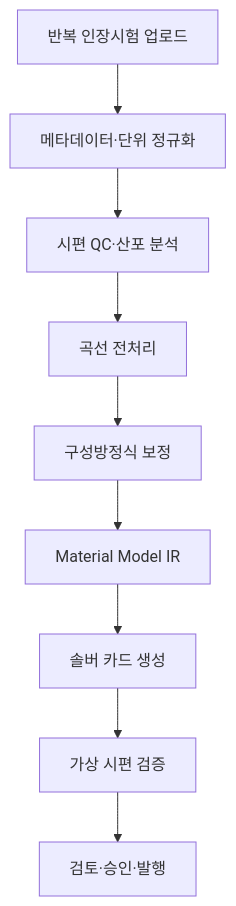
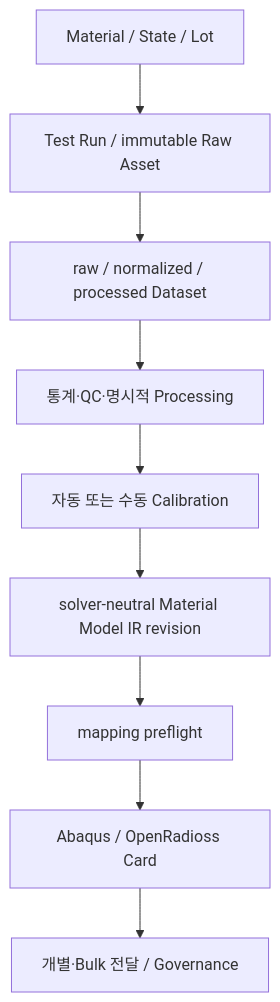
One commit to pikachu444/cae-material-platform changed the diagram in docs/design-index.md. Above: the diagram before and after it, drawn with Mermaid. The commit also changed other lines of this file and 22 other files, not shown here.

````diff
--- a/docs/design-index.md
+++ b/docs/design-index.md
@@ -45,11 +50,11 @@
 ```mermaid
 flowchart TD
-    A["반복 인장시험 업로드"] --> B["메타데이터·단위 정규화"]
-    B --> C["시편 QC·산포 분석"]
-    C --> D["곡선 전처리"]
-    D --> E["구성방정식 보정"]
-    E --> F["Material Model IR"]
-    F --> G["솔버 카드 생성"]
-    G --> H["가상 시편 검증"]
-    H --> I["검토·승인·발행"]
+    A["Material / State / Lot"] --> B["Test Run / immutable Raw Asset"]
+    B --> C["raw / normalized / processed Dataset"]
+    C --> D["통계·QC·명시적 Processing"]
+    D --> E["자동 또는 수동 Calibration"]
+    E --> F["solver-neutral Material Model IR revision"]
+    F --> G["mapping preflight"]
+    G --> H["Abaqus / OpenRadioss Card"]
+    H --> I["개별·Bulk 전달 / Governance"]
 ```
````
